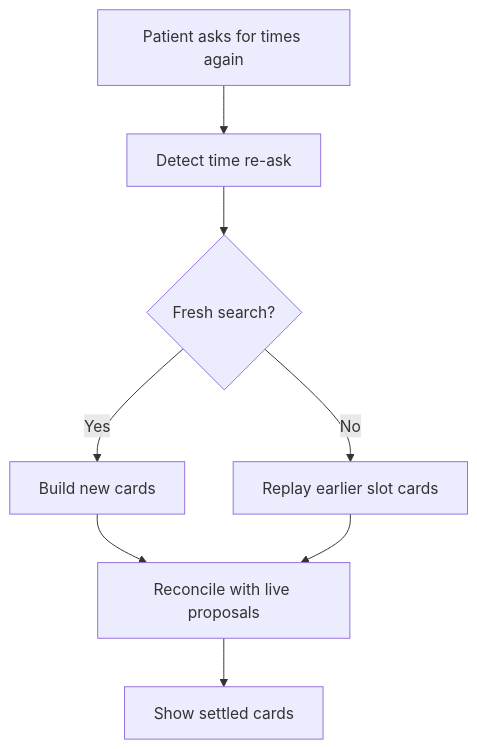
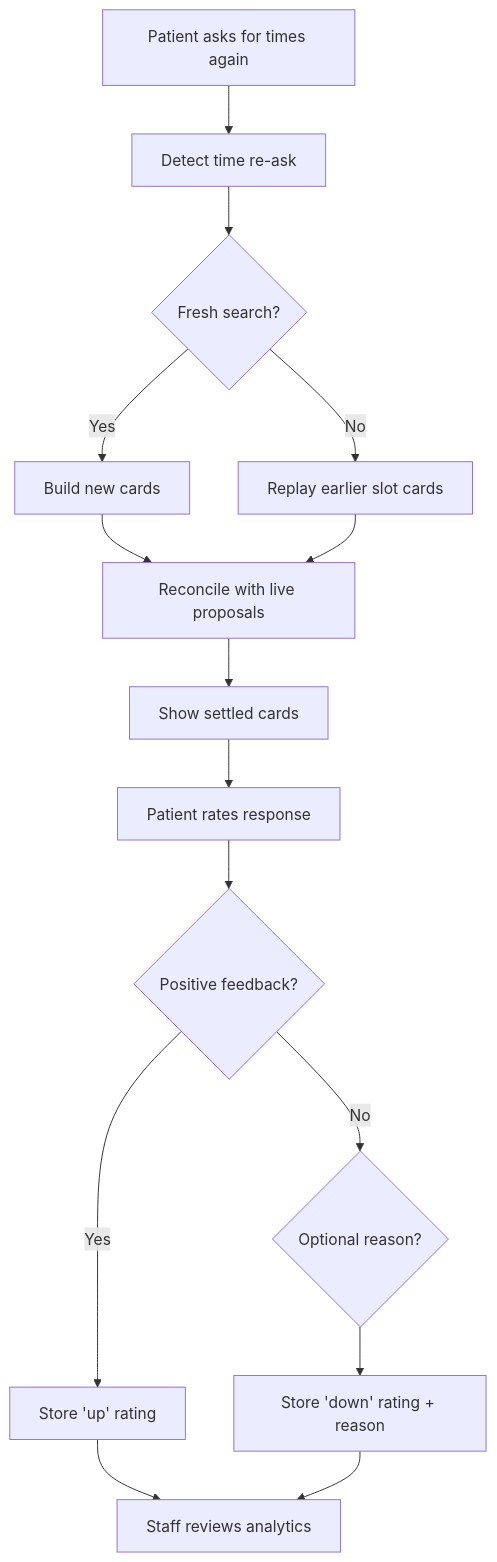
Before and after one commit to gokulkaarthicks/dental-chatbot: diagram 14 of 15 in .qoder/repowiki/en/content/Data Models/Conversation and Messaging Models.md, drawn with Mermaid. The commit also changed other lines of this file and 280 other files, not shown here.

````diff
--- a/.qoder/repowiki/en/content/Data Models/Conversation and Messaging Models.md
+++ b/.qoder/repowiki/en/content/Data Models/Conversation and Messaging Models.md
@@ -555,10 +671,17 @@
 ```mermaid
 flowchart TD
 AskAgain["Patient asks for times again"] --> Detect["Detect time re-ask"]
 Detect --> FreshSearch{"Fresh search?"}
 FreshSearch --> |Yes| NewCards["Build new cards"]
 FreshSearch --> |No| ReplayCards["Replay earlier slot cards"]
 NewCards --> Reconcile["Reconcile with live proposals"]
 ReplayCards --> Reconcile
 Reconcile --> Show["Show settled cards"]
+Show --> RateResponse["Patient rates response"]
+RateResponse --> Positive{"Positive feedback?"}
+Positive --> |Yes| StoreUp["Store 'up' rating"]
+Positive --> |No| AskReason{"Optional reason?"}
+AskReason --> StoreDown["Store 'down' rating + reason"]
+StoreUp --> StaffReview["Staff reviews analytics"]
+StoreDown --> StaffReview
 ```
````
